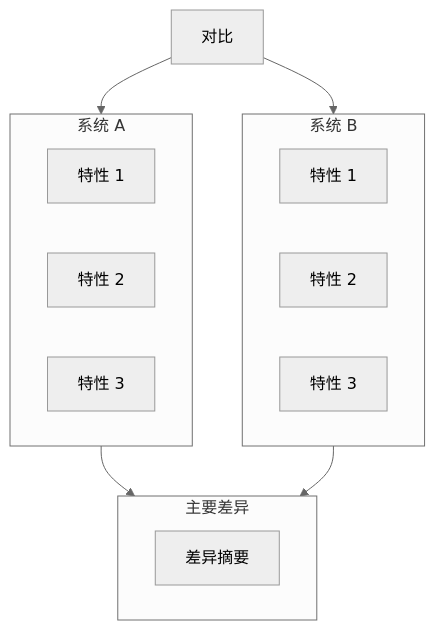
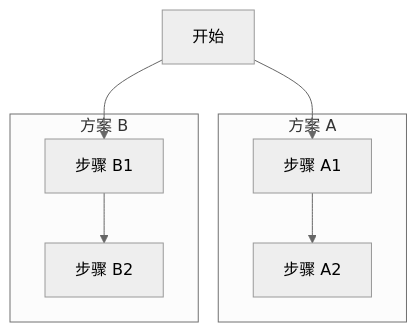
Before and after one commit to liu-qingyuan/skills-sync-lqy: the seventh of 10 diagrams in skills/lqy-curated/mermaid-visualizer/references/syntax-rules.md, drawn with Mermaid (neutral theme). The commit also changed other lines of this file, not shown here.

Commit message:
refactor(mermaid-visualizer): simplify syntax reference

````diff
--- a/skills/lqy-curated/mermaid-visualizer/references/syntax-rules.md
+++ b/skills/lqy-curated/mermaid-visualizer/references/syntax-rules.md
@@ -378,26 +117,15 @@
 ```mermaid
-graph TB
-    Title[对比]
+flowchart TB
+    Start[开始]
 
-    subgraph left["系统 A"]
-        A1[特性 1]
-        A2[特性 2]
-        A3[特性 3]
+    subgraph left["方案 A"]
+        A1[步骤 A1] --> A2[步骤 A2]
     end
 
-    subgraph right["系统 B"]
-        B1[特性 1]
-        B2[特性 2]
-        B3[特性 3]
+    subgraph right["方案 B"]
+        B1[步骤 B1] --> B2[步骤 B2]
     end
 
-    Title --> left
-    Title --> right
-
-    subgraph compare["主要差异"]
-        Diff[差异摘要]
-    end
-
-    left --> compare
-    right --> compare
+    Start --> A1
+    Start --> B1
 ```
````
